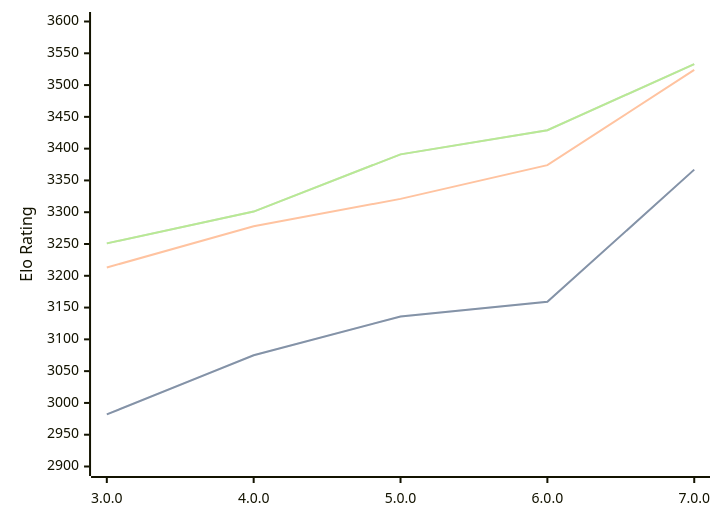
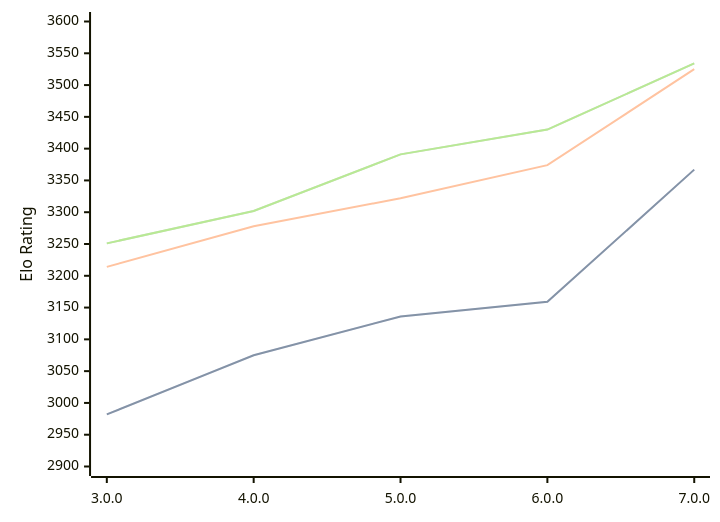
One commit to computer-chess-index/cci changed the diagram in engines/Minke.md. Above: the diagram before and after it, drawn with Mermaid. The commit also changed other lines of this file, not shown here.

Commit message:
Update CCI Ratings (ELO VLTC) - 2026-09-16

````diff
--- a/engines/Minke.md
+++ b/engines/Minke.md
@@ -35,11 +35,11 @@
 ```mermaid
 %%{init: {"theme":"base","themeVariables":{"seriesColors:['#a3a3a3','#222221','#faa371']}}}%%
 xychart-beta
   x-axis ["3.0.0", "4.0.0", "5.0.0", "6.0.0", "7.0.0"]
   y-axis "Elo Rating" 2900 --> 3600
   line "" [2982, 3075, 3136, 3159, 3367]
   line "STC (8.0+0.08s)" [2982, 3075, 3136, 3159, 3367]
-  line "LTC (60.0+0.60s)" [3213, 3278, 3321, 3374, 3524]
-  line "" [3251, 3301, 3391, 3429, 3533]
-  line "VLTC (2m24s+1.12s)" [3251, 3301, 3391, 3429, 3533]
+  line "LTC (60.0+0.60s)" [3214, 3278, 3322, 3374, 3525]
+  line "" [3251, 3302, 3391, 3430, 3534]
+  line "VLTC (2m24s+1.12s)" [3251, 3302, 3391, 3430, 3534]
 ```
````
